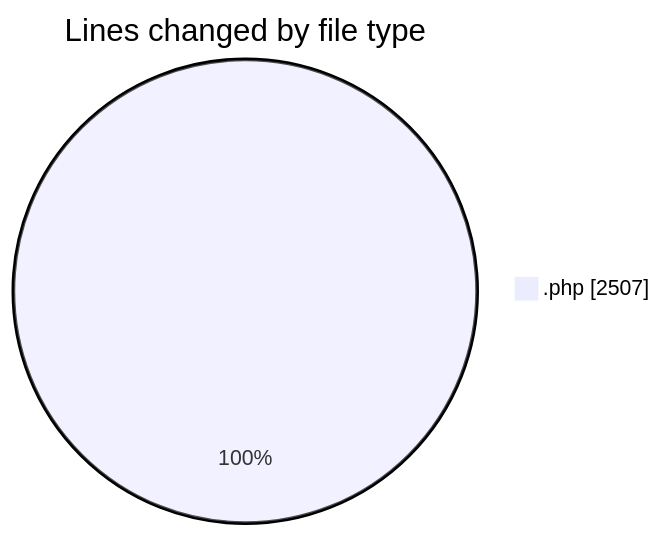
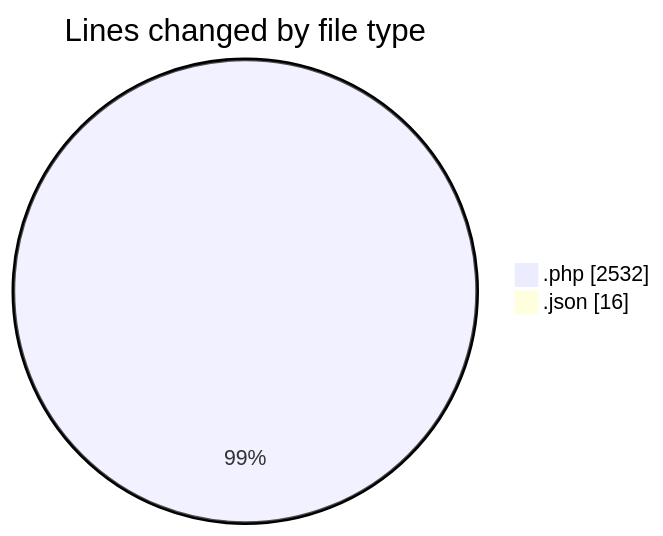
The first of 2 diagrams in 2025-10-22/untitled__workspace_/README.md (debugP/code-tracking), drawn with Mermaid before and after one commit. The commit also changed other lines of this file and 1 other file, not shown here.

````diff
--- a/2025-10-22/untitled__workspace_/README.md
+++ b/2025-10-22/untitled__workspace_/README.md
@@ -20,5 +21,6 @@
 ```mermaid
 pie showData
 title Lines changed by file type
-".php" : 2507
+".php" : 2532
+".json" : 16
 ```
````
